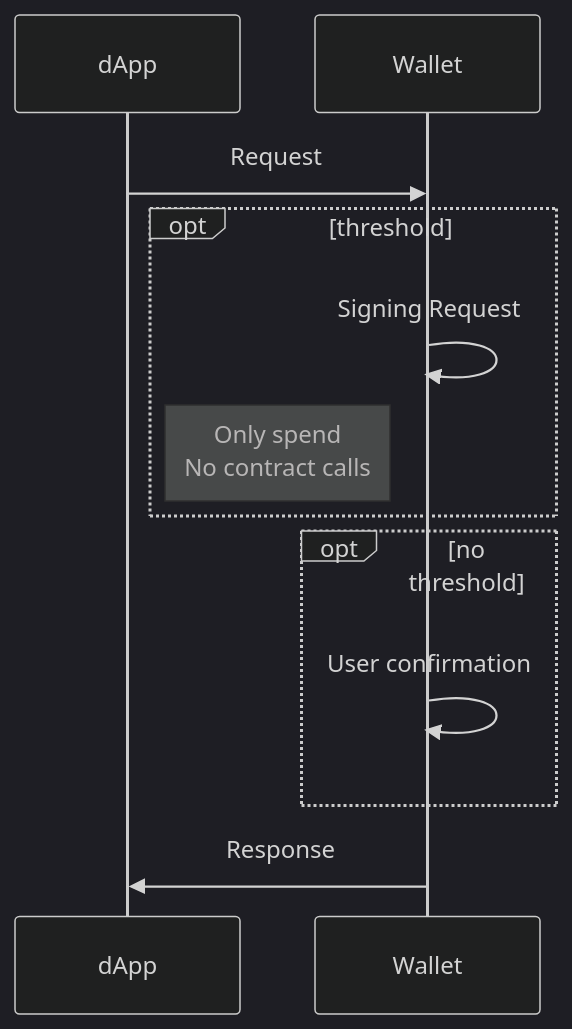
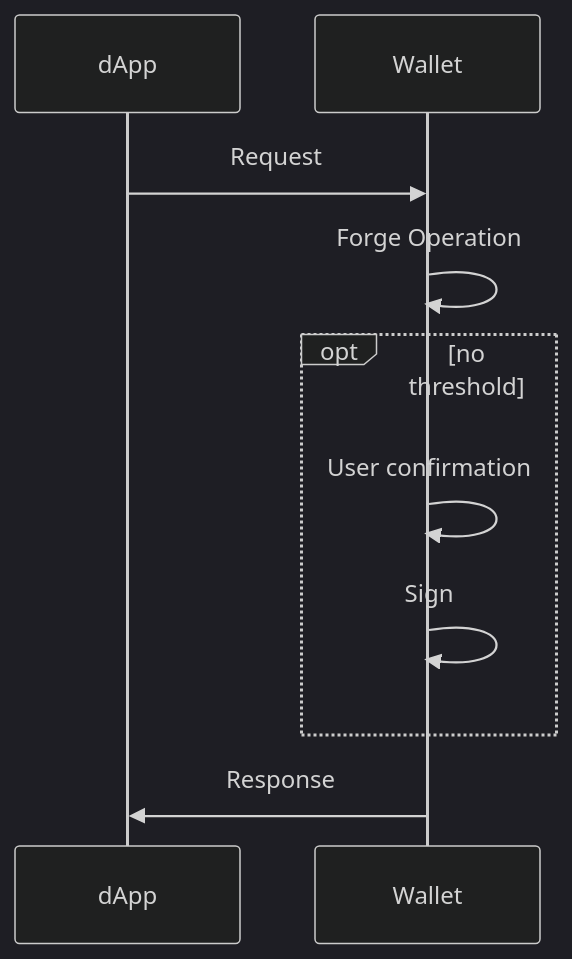
The third of 5 diagrams in flows/P2PDirect.md (airgap-it/beacon-sdk), drawn with Mermaid (dark theme) before and after one commit. The commit also changed other lines of this file and 3 other files, not shown here.

Commit message:
feat(flows): update flows

````diff
--- a/flows/P2PDirect.md
+++ b/flows/P2PDirect.md
@@ -25,12 +23,10 @@
 ```mermaid
 sequenceDiagram
     dApp->>Wallet: Request
-    opt threshold
-        Wallet->>Wallet: Signing Request
-        Note left of Wallet: Only spend<br/>No contract calls
-    end
+    Wallet->>Wallet: Forge Operation
     opt no threshold
         Wallet->>Wallet: User confirmation
+        Wallet->>Wallet: Sign
     end
     Wallet->>dApp: Response
 ```
````
